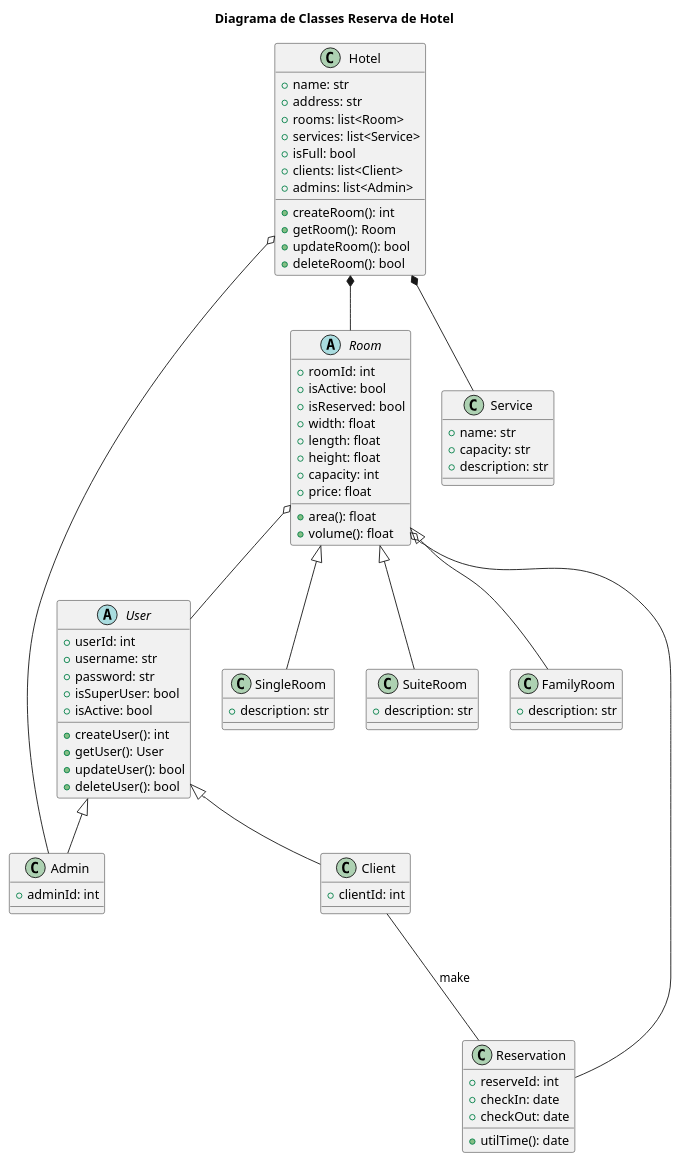
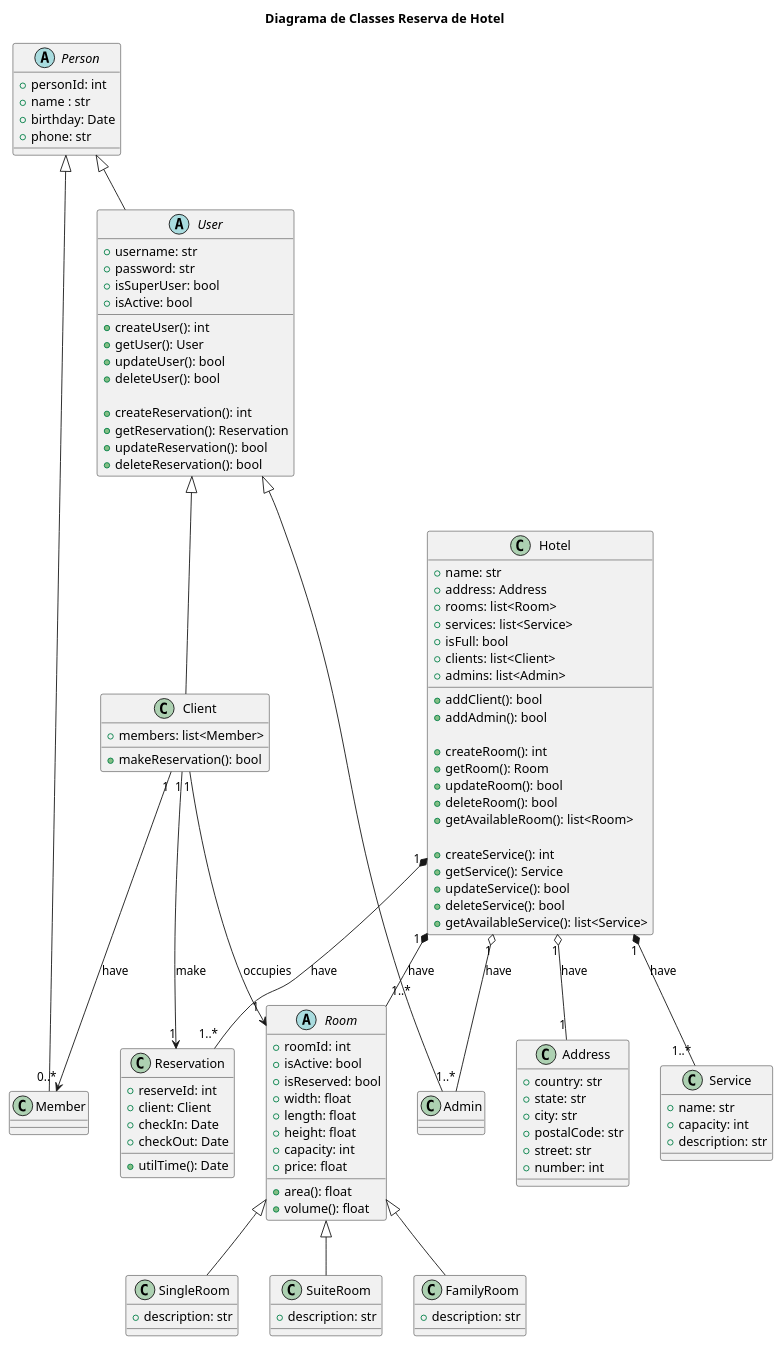
The diagram in diagrama_de_classes.iuml (azmovi/reserva-de-hotel), drawn with PlantUML before and after one commit. The commit also changed 1 other file, not shown here.

Commit message:
Fix diagram class but is not complete

```diff
--- a/diagrama_de_classes.iuml
+++ b/diagrama_de_classes.iuml
@@ -1,98 +1,136 @@
 @startuml
-
 title Diagrama de Classes Reserva de Hotel
 
+abstract class Person {
+    +personId: int 
+    +name : str
+    +birthday: Date
+    +phone: str
+}
+
 abstract class User {
-    +userId: int 
     +username: str
     +password: str
     +isSuperUser: bool 
     +isActive: bool 
 
     +createUser(): int
     +getUser(): User
     +updateUser(): bool
     +deleteUser(): bool
+
+    +createReservation(): int
+    +getReservation(): Reservation
+    +updateReservation(): bool
+    +deleteReservation(): bool
 }
 
-class Client{
-    +clientId: int
+class Client {
+    +members: list<Member> 
+
+    +makeReservation(): bool
+
+}
+
+class Member {
 }
 
 class Admin {
-    +adminId: int
 }
 
 class Hotel {
     +name: str
-    +address: str
+    +address: Address
     +rooms: list<Room>
     +services: list<Service>
     +isFull: bool
     +clients: list<Client>
     +admins: list<Admin>
 
+    +addClient(): bool
+    +addAdmin(): bool
+
     +createRoom(): int
     +getRoom(): Room
     +updateRoom(): bool
     +deleteRoom(): bool
+    +getAvailableRoom(): list<Room>
+
+    +createService(): int
+    +getService(): Service
+    +updateService(): bool
+    +deleteService(): bool
+    +getAvailableService(): list<Service>
+}
+
+class Address {
+    +country: str
+    +state: str
+    +city: str
+    +postalCode: str
+    +street: str
+    +number: int
 }
 
 abstract class Room{
     +roomId: int
     +isActive: bool
     +isReserved: bool
     +width: float
     +length: float
     +height: float
     +capacity: int
     +price: float
 
     +area(): float
     +volume(): float
 }
 
 class SingleRoom {
     +description: str
 }
 
 class SuiteRoom{
     +description: str
 }
 
 class FamilyRoom{
     +description: str
 }
 
 class Service {
     +name: str
-    +capacity: str
+    +capacity: int 
     +description: str
-
 }
 
 class Reservation {
     +reserveId: int
-    +checkIn: date
-    +checkOut: date
+    +client: Client 
+    +checkIn: Date
+    +checkOut: Date
 
-    +utilTime(): date
+    +utilTime(): Date
 }
 
 Room <|-- SuiteRoom
 Room <|-- SingleRoom
 Room <|-- FamilyRoom
-Room  o-- User
-Room  o-- Reservation
 
-Hotel *-- Room
-Hotel *-- Service
-Hotel o-- Admin
+Hotel "1" *-- "1..*" Room : have
+Hotel "1" *-- "1..*" Service : have
+Hotel "1" *-- "1..*" Reservation : have
+Hotel "1" o-- "1..*" Admin : have
+Hotel "1" o-- "1"    Address : have
 
+Person <|-- User
+Person <|-- Member
 
 User <|-- Client
 User <|-- Admin
 
-Client --- Reservation: make
+Client "1"-->"0..*" Member : have 
+Client "1"-->"1" Reservation: make
+Client "1"-->"1" Room: occupies
 
 @enduml
```
